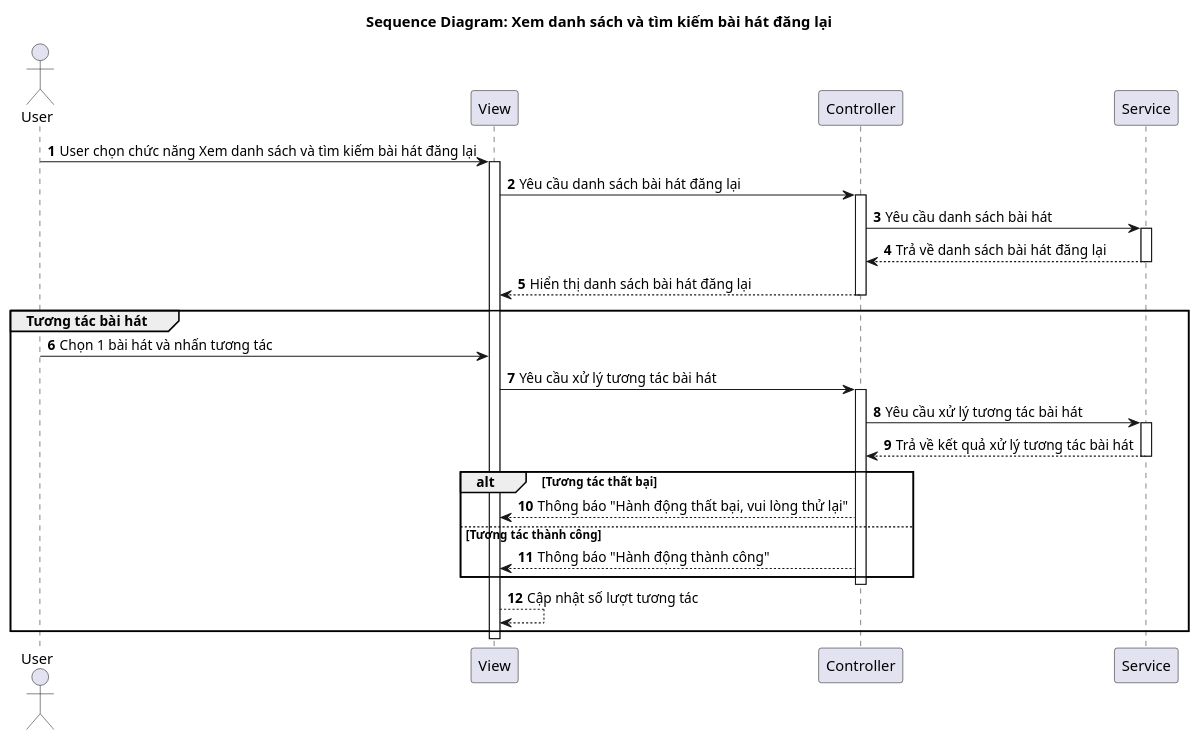
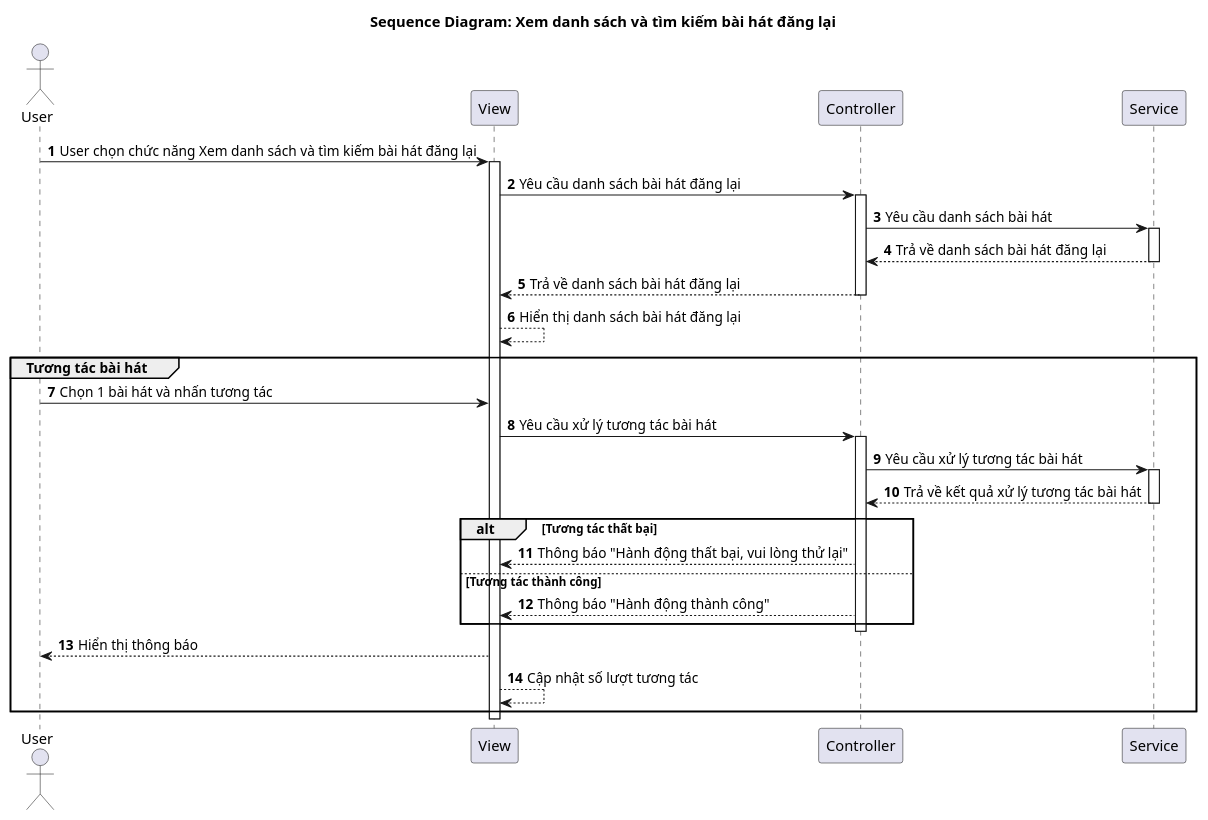
Before and after one commit to vinh047/soundwave: the diagram in Diagrams/SequenceDiagram/ViewSearchRepostedSongs.plantuml, drawn with PlantUML. The commit also changed 24 other files, not shown here.

Commit message:
Đổi đường đi của Hiển thị trong SD

```diff
--- a/Diagrams/SequenceDiagram/ViewSearchRepostedSongs.plantuml
+++ b/Diagrams/SequenceDiagram/ViewSearchRepostedSongs.plantuml
@@ -1,41 +1,43 @@
 @startuml SD
 
 actor "User" as User
 participant "View" as View
 participant "Controller" as Controller
 participant "Service" as Service
 
 title Sequence Diagram: Xem danh sách và tìm kiếm bài hát đăng lại
 
 autonumber
 
 User -> View: User chọn chức năng Xem danh sách và tìm kiếm bài hát đăng lại
 activate View
 View -> Controller: Yêu cầu danh sách bài hát đăng lại
 activate Controller
 Controller -> Service: Yêu cầu danh sách bài hát
 activate Service
 Service --> Controller: Trả về danh sách bài hát đăng lại
 deactivate Service
-Controller --> View: Hiển thị danh sách bài hát đăng lại
+Controller --> View: Trả về danh sách bài hát đăng lại
 deactivate Controller
+View --> View: Hiển thị danh sách bài hát đăng lại
 
 group Tương tác bài hát
     User -> View: Chọn 1 bài hát và nhấn tương tác
     View -> Controller: Yêu cầu xử lý tương tác bài hát
     activate Controller
     Controller -> Service: Yêu cầu xử lý tương tác bài hát
     activate Service
     Service --> Controller: Trả về kết quả xử lý tương tác bài hát
     deactivate Service
     alt Tương tác thất bại
         Controller --> View: Thông báo "Hành động thất bại, vui lòng thử lại"
     else Tương tác thành công
         Controller --> View: Thông báo "Hành động thành công"
     end
     deactivate Controller
+    View --> User: Hiển thị thông báo
     View --> View: Cập nhật số lượt tương tác
 end
 
 deactivate View
 @enduml
```
